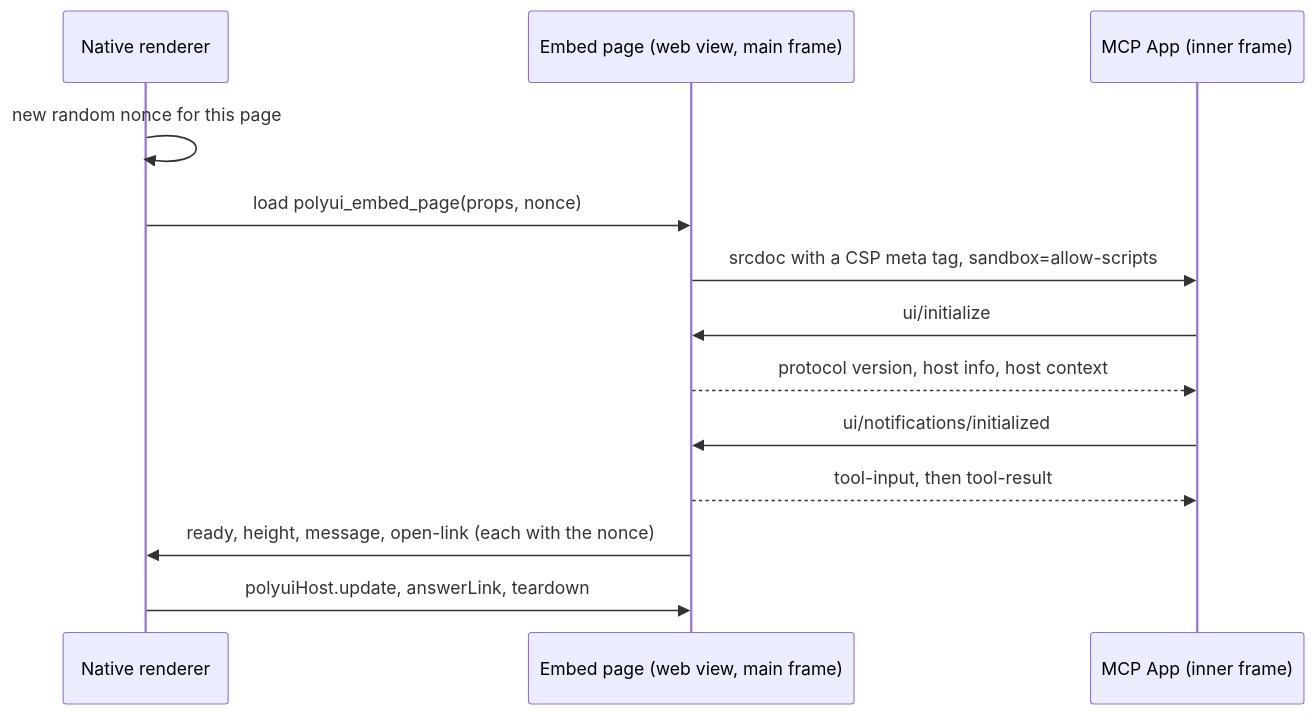
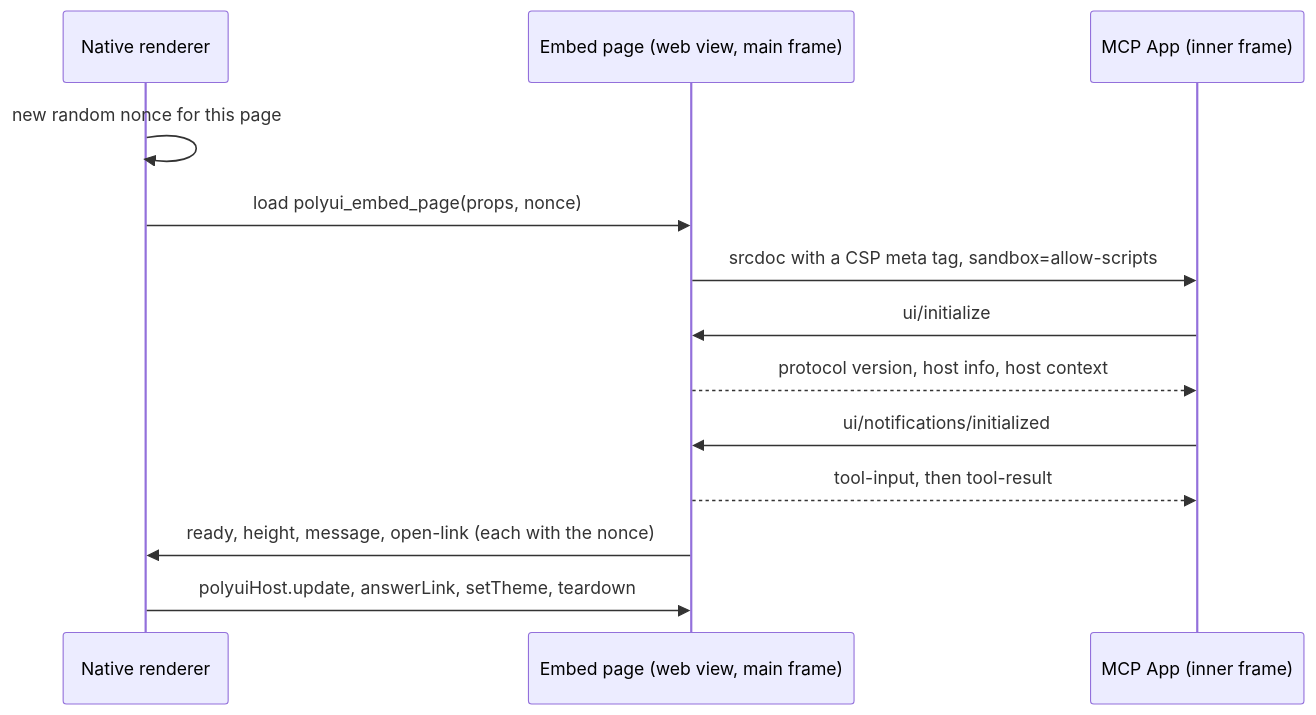
One commit to murtazox04/polyui changed the second of 2 diagrams in docs/embed.md. Above: the diagram before and after it, drawn with Mermaid. The commit also changed other lines of this file and 20 other files, not shown here.

First line of the commit message:
Tell MCP Apps the host theme and follow its changes

````diff
--- a/docs/embed.md
+++ b/docs/embed.md
@@ -125,15 +138,15 @@
 ```mermaid
 sequenceDiagram
     participant N as Native renderer
     participant P as Embed page (web view, main frame)
     participant V as MCP App (inner frame)
     N->>N: new random nonce for this page
     N->>P: load polyui_embed_page(props, nonce)
     P->>V: srcdoc with a CSP meta tag, sandbox=allow-scripts
     V->>P: ui/initialize
     P-->>V: protocol version, host info, host context
     V->>P: ui/notifications/initialized
     P-->>V: tool-input, then tool-result
     P->>N: ready, height, message, open-link (each with the nonce)
-    N->>P: polyuiHost.update, answerLink, teardown
+    N->>P: polyuiHost.update, answerLink, setTheme, teardown
 ```
````
